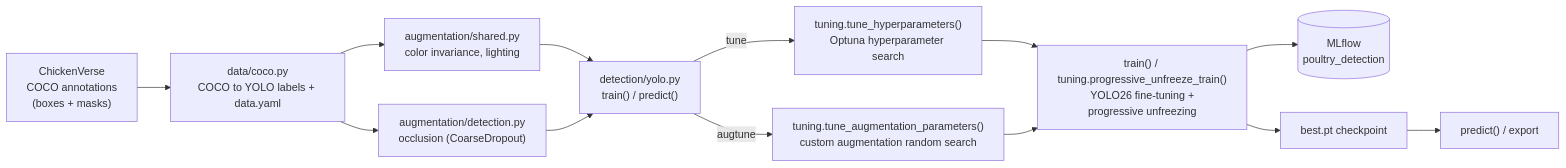
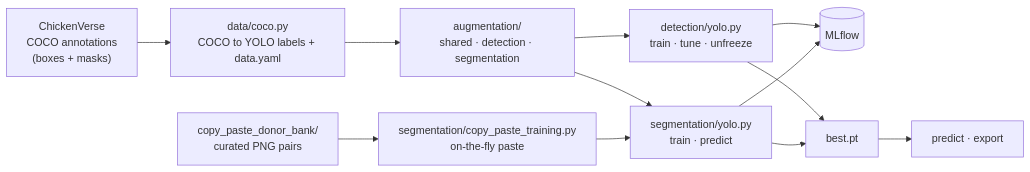
The diagram in poultry_monitoring/README.md (Risslock/cv_portfolio), drawn with Mermaid before and after one commit. The commit also changed other lines of this file and 2 other files, not shown here.

````diff
--- a/poultry_monitoring/README.md
+++ b/poultry_monitoring/README.md
@@ -73,15 +183,14 @@
 ```mermaid
 flowchart LR
     A["ChickenVerse<br/>COCO annotations<br/>(boxes + masks)"] --> B["data/coco.py<br/>COCO to YOLO labels + data.yaml"]
-    B --> C["augmentation/shared.py<br/>color invariance, lighting"]
-    B --> D["augmentation/detection.py<br/>occlusion (CoarseDropout)"]
-    C --> E["detection/yolo.py<br/>train() / predict()"]
-    D --> E
-    E -->|tune| F["tuning.tune_hyperparameters()<br/>Optuna hyperparameter search"]
-    E -->|augtune| G["tuning.tune_augmentation_parameters()<br/>custom augmentation random search"]
-    F --> H["train() / tuning.progressive_unfreeze_train()<br/>YOLO26 fine-tuning +<br/>progressive unfreezing"]
-    G --> H
-    H --> I[("MLflow<br/>poultry_detection")]
-    H --> J["best.pt checkpoint"]
-    J --> K["predict() / export"]
+    B --> C["augmentation/<br/>shared · detection · segmentation"]
+    C --> D["detection/yolo.py<br/>train · tune · unfreeze"]
+    C --> E["segmentation/yolo.py<br/>train · predict"]
+    F["copy_paste_donor_bank/<br/>curated PNG pairs"] --> G["segmentation/copy_paste_training.py<br/>on-the-fly paste"]
+    G --> E
+    D --> H[("MLflow")]
+    E --> H
+    D --> I["best.pt"]
+    E --> I
+    I --> J["predict · export"]
 ```
````
